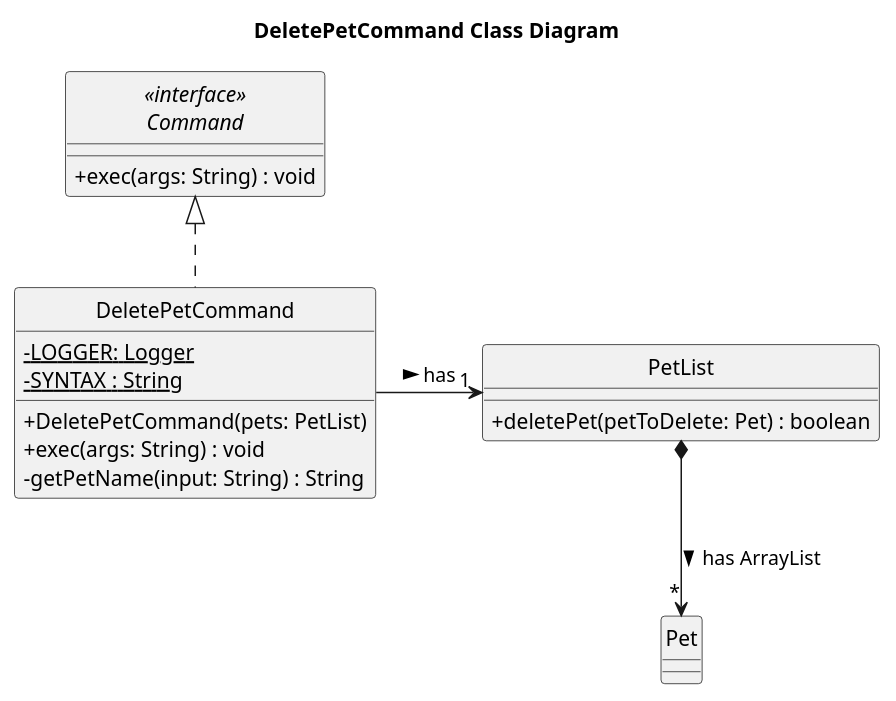
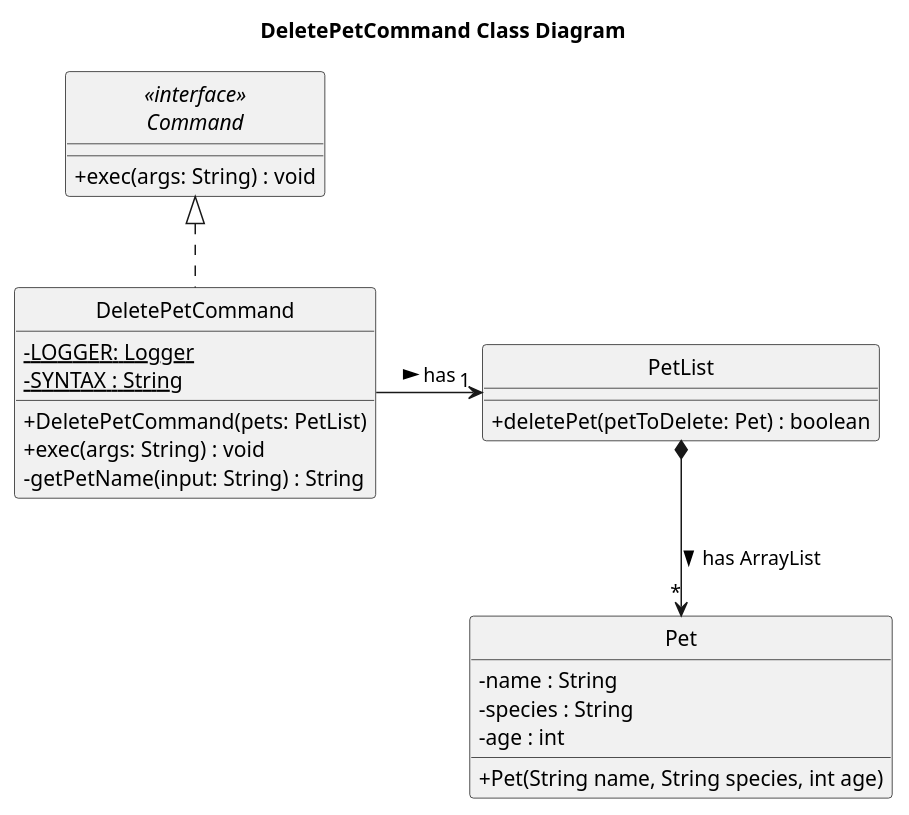
The diagram in docs/uml/DeletePetCommandClassDiagram.puml (Kevin88866/tp), drawn with PlantUML before and after one commit. The commit also changed 1 other file, not shown here.

Commit message:
Updated the Diagram

```diff
--- a/docs/uml/DeletePetCommandClassDiagram.puml
+++ b/docs/uml/DeletePetCommandClassDiagram.puml
@@ -1,37 +1,40 @@
 @startuml
 skinparam classAttributeIconSize 0
 hide circle
 
 title DeletePetCommand Class Diagram
 
 interface "<<interface>>\nCommand" as Command {
     + exec(args: String) : void
 }
 
 class DeletePetCommand {
     - {static} LOGGER: Logger
     - {static} SYNTAX : String
     + DeletePetCommand(pets: PetList)
     + exec(args: String) : void
     - getPetName(input: String) : String
 }
 
 class PetList {
     + deletePet(petToDelete: Pet) : boolean
 }
 
 class Pet {
-
+    - name : String
+        - species : String
+        - age : int
+        + Pet(String name, String species, int age)
 }
 
 Command <|.. DeletePetCommand
 
 DeletePetCommand --> "1" PetList : has >
 
 PetList *--> "*" Pet : has ArrayList >
 
 
 DeletePetCommand -right[hidden]- PetList
 
 
 @enduml
```
